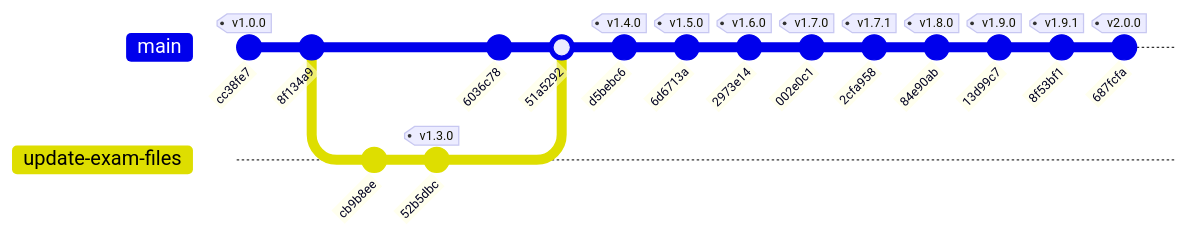
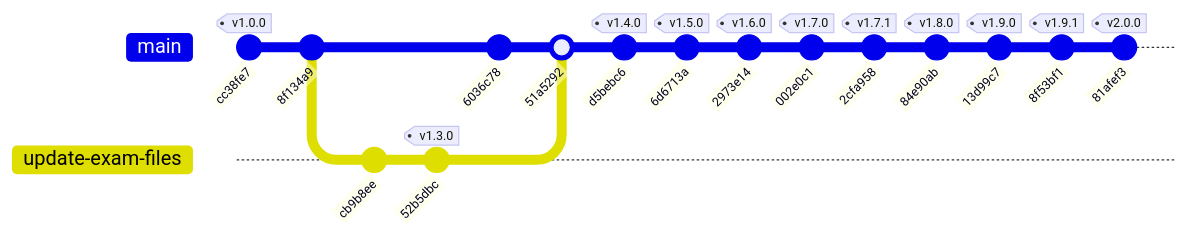
One commit to renart00001-ux/exam-web changed the diagram in README.md. Above: the diagram before and after it, drawn with Mermaid. The commit also changed other lines of this file and 2 other files, not shown here.

Commit message:
docs: sync v2.0.0 timeline and commit records in index.html and README

````diff
--- a/README.md
+++ b/README.md
@@ -46,21 +46,21 @@
 ```mermaid
 gitGraph
     commit id: "cc38fe7" tag: "v1.0.0"
     commit id: "8f134a9"
     branch update-exam-files
     checkout update-exam-files
     commit id: "cb9b8ee"
     commit id: "52b5dbc" tag: "v1.3.0"
     checkout main
     commit id: "6036c78"
     merge update-exam-files id: "51a5292"
     commit id: "d5bebc6" tag: "v1.4.0"
     commit id: "6d6713a" tag: "v1.5.0"
     commit id: "2973e14" tag: "v1.6.0"
     commit id: "002e0c1" tag: "v1.7.0"
     commit id: "2cfa958" tag: "v1.7.1"
     commit id: "84e90ab" tag: "v1.8.0"
     commit id: "13d99c7" tag: "v1.9.0"
     commit id: "8f53bf1" tag: "v1.9.1"
-    commit id: "687fcfa" tag: "v2.0.0"
+    commit id: "81afef3" tag: "v2.0.0"
 ```
````
